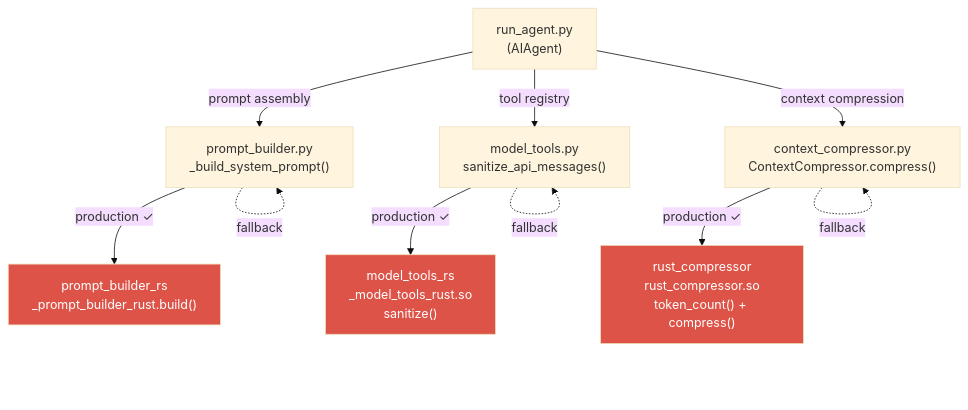
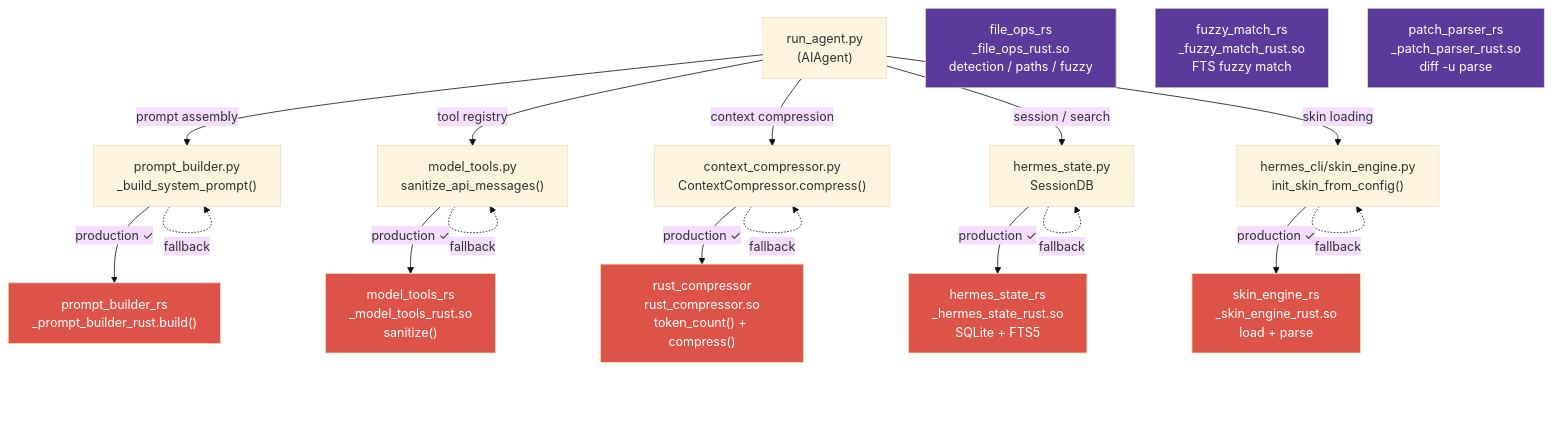
Before and after one commit to agent-bob-the-builder/hermes-agent-ferris-fork: the diagram in README.md, drawn with Mermaid (base theme). The commit also changed other lines of this file, not shown here.

Commit message:
README: add all 8 Rust crates — 5 wired production, 3 built

````diff
--- a/README.md
+++ b/README.md
@@ -21,28 +41,48 @@
 ```mermaid
 graph TD
     RA["run_agent.py<br/>(AIAgent)"]
     PCP["prompt_builder.py<br/>_build_system_prompt()"]
     CCP["context_compressor.py<br/>ContextCompressor.compress()"]
     MTP["model_tools.py<br/>sanitize_api_messages()"]
+    SST["hermes_state.py<br/>SessionDB"]
+    SHE["hermes_cli/skin_engine.py<br/>init_skin_from_config()"]
 
     PB_RS["prompt_builder_rs<br/>_prompt_builder_rust.build()"]
     CO_RS["rust_compressor<br/>rust_compressor.so<br/>token_count() + compress()"]
     MT_RS["model_tools_rs<br/>_model_tools_rust.so<br/>sanitize()"]
+    HS_RS["hermes_state_rs<br/>_hermes_state_rust.so<br/>SQLite + FTS5"]
+    SK_RS["skin_engine_rs<br/>_skin_engine_rust.so<br/>load + parse"]
+    FO_RS["file_ops_rs<br/>_file_ops_rust.so<br/>detection / paths / fuzzy"]
+    FM_RS["fuzzy_match_rs<br/>_fuzzy_match_rust.so<br/>FTS fuzzy match"]
+    PP_RS["patch_parser_rs<br/>_patch_parser_rust.so<br/>diff -u parse"]
 
     RA -->|"prompt assembly"| PCP
     RA -->|"tool registry"| MTP
     RA -->|"context compression"| CCP
+    RA -->|"session / search"| SST
+    RA -->|"skin loading"| SHE
 
     PCP -->|"production ✓"| PB_RS
     PCP -.->|"fallback"| PCP
 
     CCP -->|"production ✓"| CO_RS
     CCP -.->|"fallback"| CCP
 
     MTP -->|"production ✓"| MT_RS
     MTP -.->|"fallback"| MTP
 
+    SST -->|"production ✓"| HS_RS
+    SST -.->|"fallback"| SST
+
+    SHE -->|"production ✓"| SK_RS
+    SHE -.->|"fallback"| SHE
+
     style PB_RS fill:#de5347,color:#fff
     style CO_RS fill:#de5347,color:#fff
     style MT_RS fill:#de5347,color:#fff
+    style HS_RS fill:#de5347,color:#fff
+    style SK_RS fill:#de5347,color:#fff
+    style FO_RS fill:#5a3a9a,color:#fff
+    style FM_RS fill:#5a3a9a,color:#fff
+    style PP_RS fill:#5a3a9a,color:#fff
 ```
````
